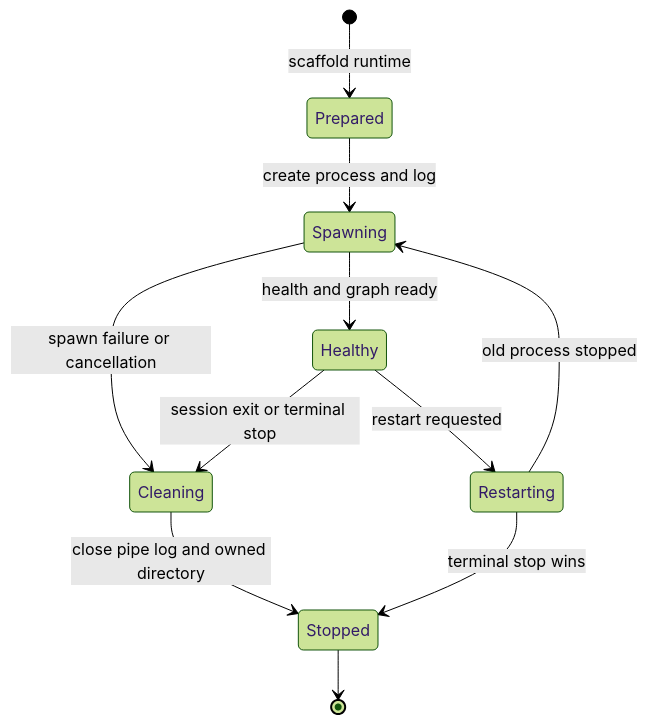
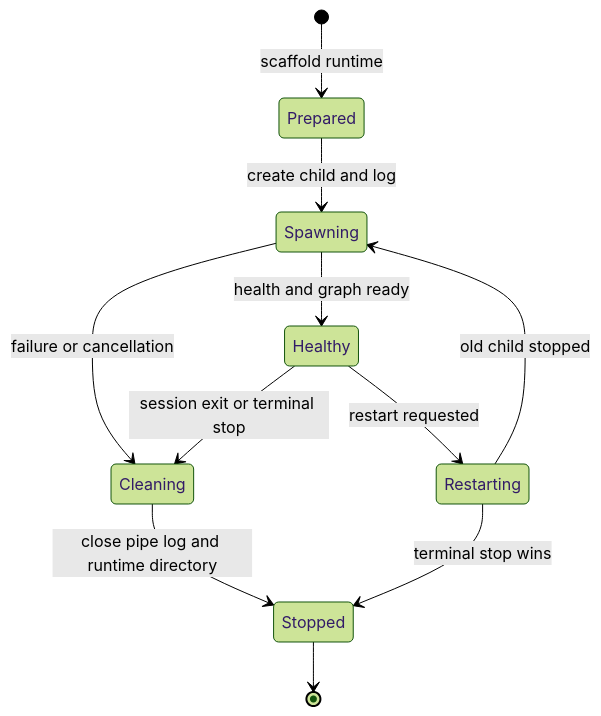
The fourth of 4 diagrams in openwiki/workflows/run-dcode-session.md (langchain-ai/deepagents), drawn with Mermaid (forest theme) before and after one commit. The commit also changed other lines of this file and 33 other files, not shown here.

````diff
--- a/openwiki/workflows/run-dcode-session.md
+++ b/openwiki/workflows/run-dcode-session.md
@@ -160,13 +145,13 @@
 ```mermaid
 stateDiagram-v2
     [*] --> Prepared: scaffold runtime
-    Prepared --> Spawning: create process and log
+    Prepared --> Spawning: create child and log
     Spawning --> Healthy: health and graph ready
-    Spawning --> Cleaning: spawn failure or cancellation
+    Spawning --> Cleaning: failure or cancellation
     Healthy --> Restarting: restart requested
-    Restarting --> Spawning: old process stopped
+    Restarting --> Spawning: old child stopped
     Healthy --> Cleaning: session exit or terminal stop
-    Cleaning --> Stopped: close pipe log and owned directory
+    Cleaning --> Stopped: close pipe log and runtime directory
+    Restarting --> Stopped: terminal stop wins
     Stopped --> [*]
-    Restarting --> Stopped: terminal stop wins
 ```
````
